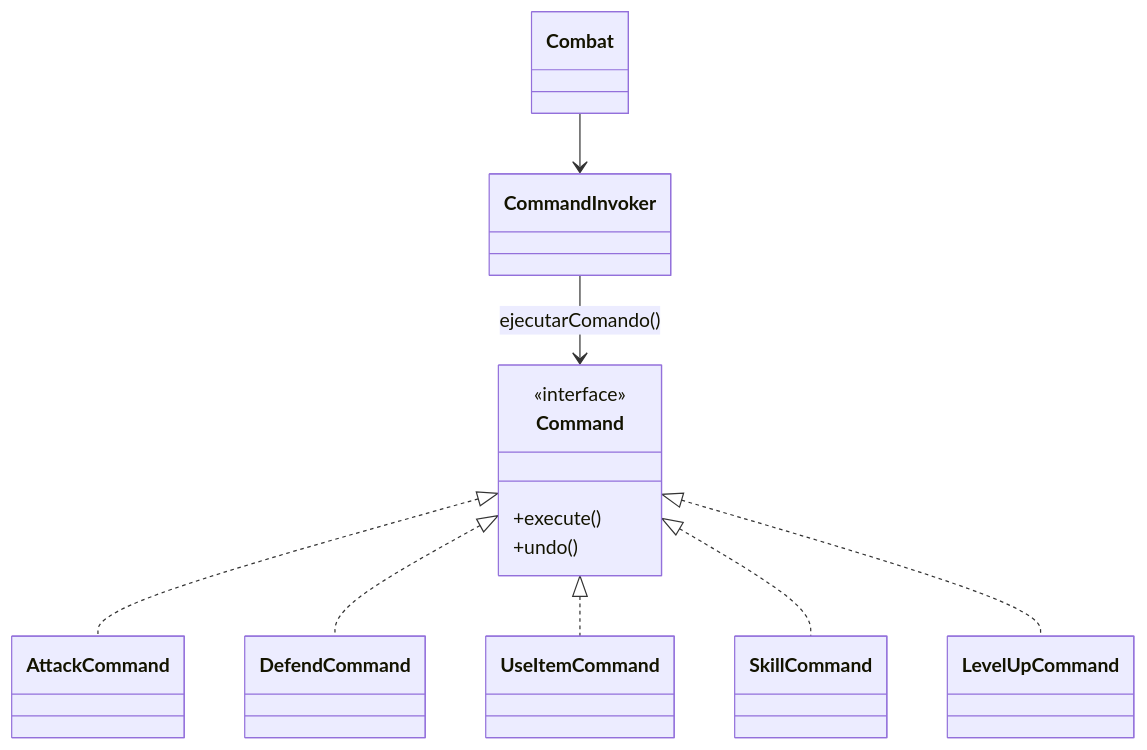
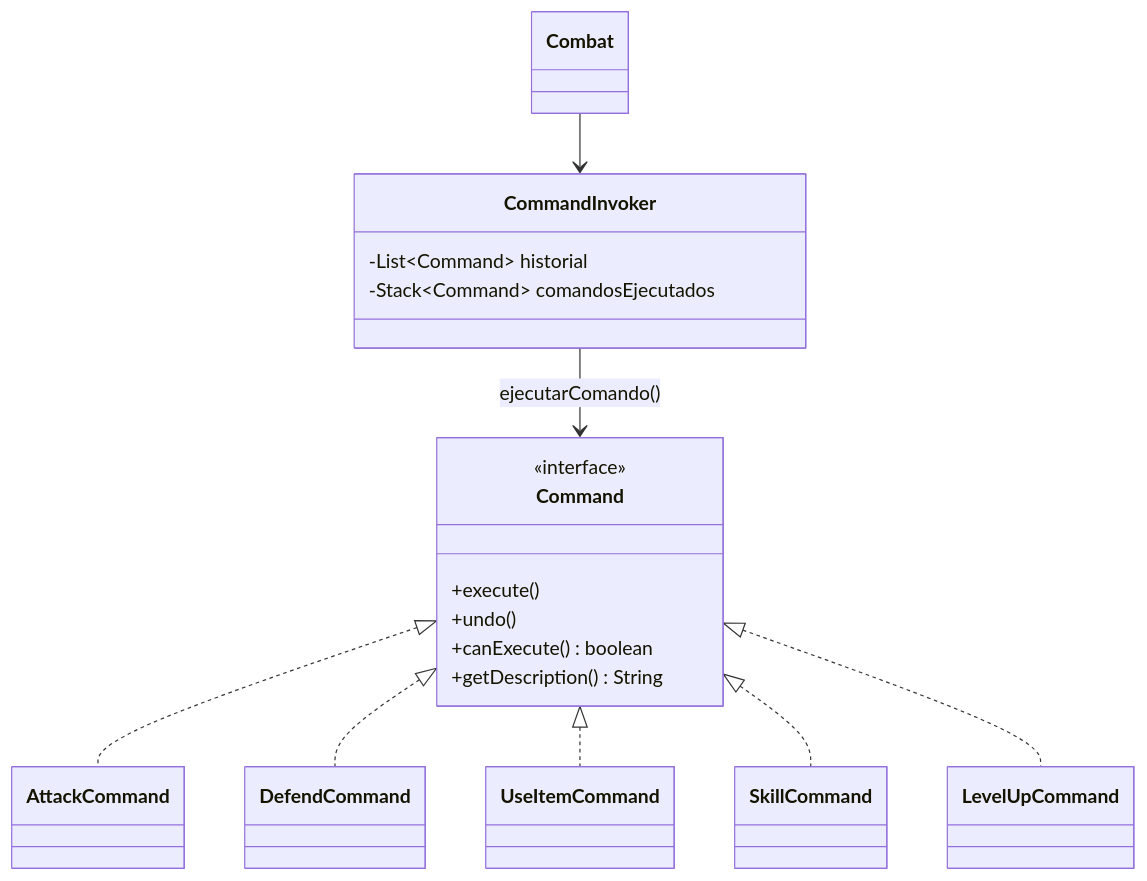
Before and after one commit to Craos6518/dungeon-crawler-patterns: the diagram in docs/03-patterns/command.md, drawn with Mermaid. The commit also changed other lines of this file and 12 other files, not shown here.

````diff
--- a/docs/03-patterns/command.md
+++ b/docs/03-patterns/command.md
@@ -30,15 +35,19 @@
 ```mermaid
 classDiagram
     class Command {
         <<interface>>
         +execute()
         +undo()
+        +canExecute() boolean
+        +getDescription() String
     }
     Command <|.. AttackCommand
     Command <|.. DefendCommand
     Command <|.. UseItemCommand
     Command <|.. SkillCommand
     Command <|.. LevelUpCommand
     CommandInvoker --> Command : ejecutarComando()
+    CommandInvoker : -List~Command~ historial
+    CommandInvoker : -Stack~Command~ comandosEjecutados
     Combat --> CommandInvoker
 ```
````
